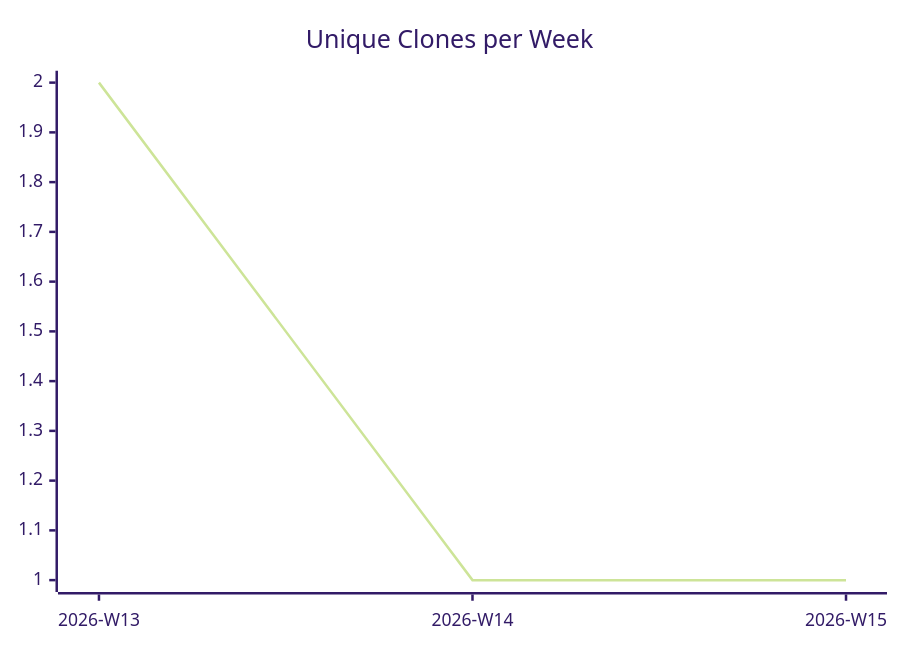
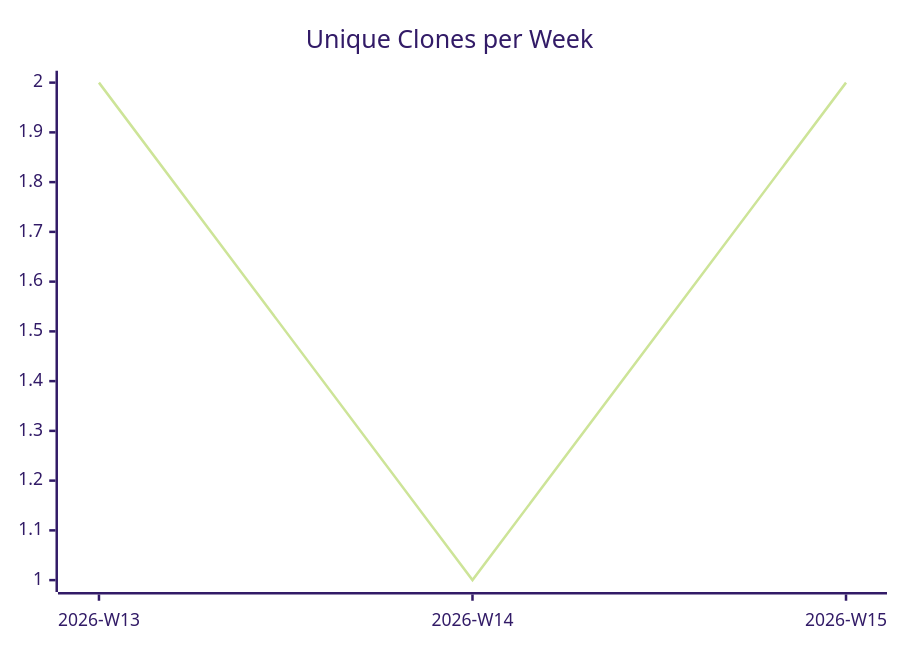
The third of 3 diagrams in karlmdavis/m2e-core/README.md (justdavis-family/github-analytics-data), drawn with Mermaid (forest theme) before and after one commit. The commit also changed other lines of this file and 174 other files, not shown here.

````diff
--- a/karlmdavis/m2e-core/README.md
+++ b/karlmdavis/m2e-core/README.md
@@ -19,6 +19,6 @@
 ```mermaid
 xychart-beta
   title "Unique Clones per Week"
   x-axis ["2026-W13", "2026-W14", "2026-W15"]
-  line [2, 1, 1]
+  line [2, 1, 2]
 ```
````
